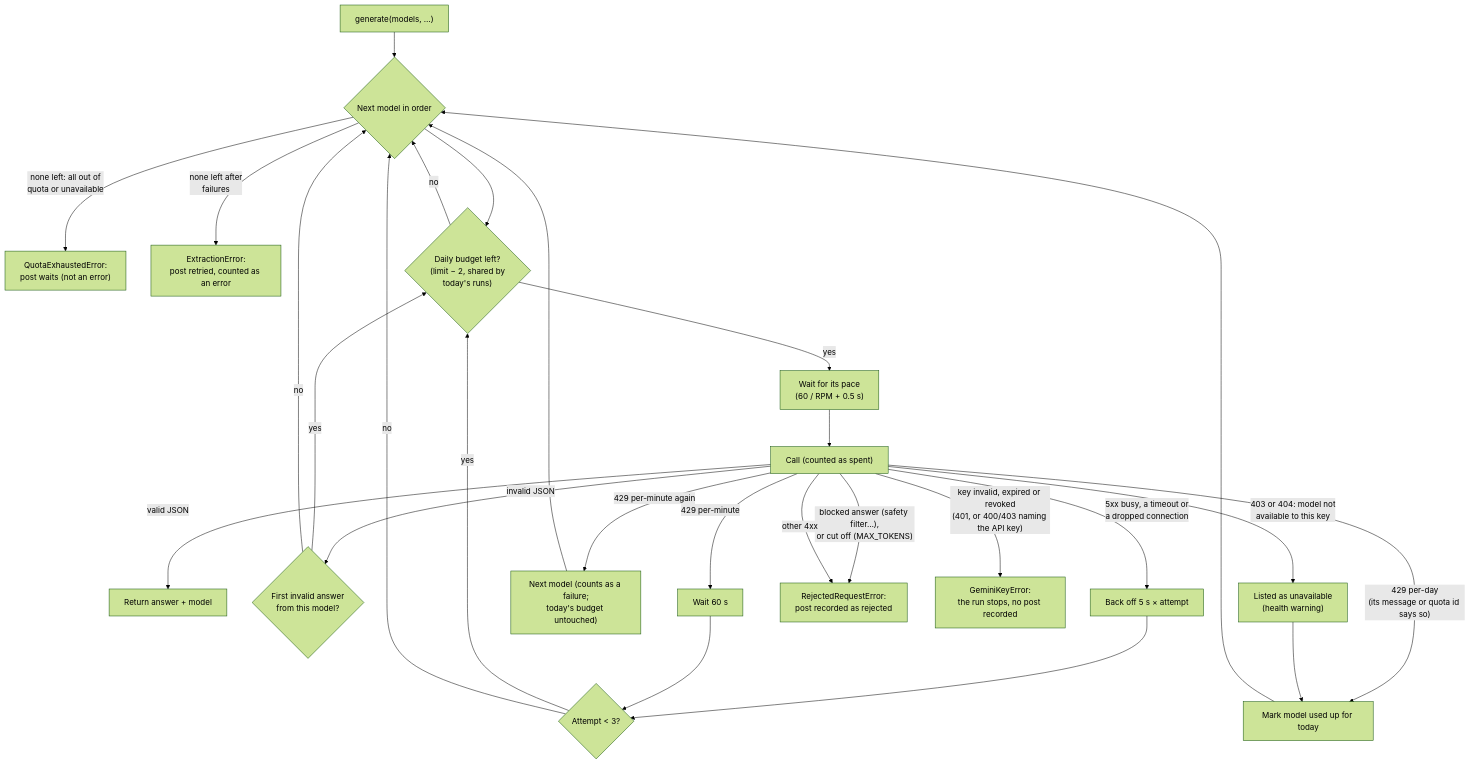
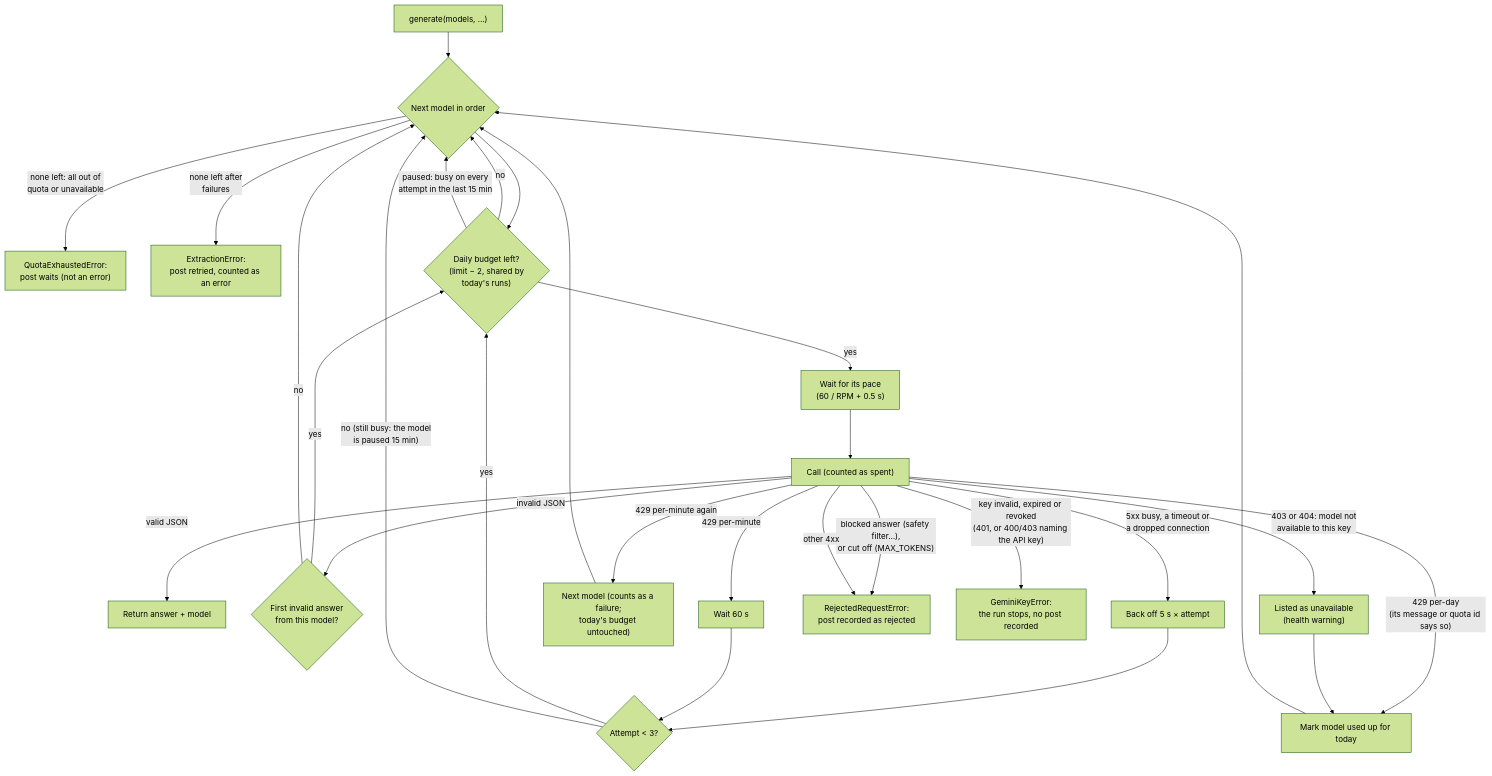
The fifth of 12 diagrams in docs/ARCHITECTURE.md (pa-bailar/backend), drawn with Mermaid (forest theme) before and after one commit. The commit also changed other lines of this file and 7 other files, not shown here.

First line of the commit message:
fix: pause a busy Gemini model instead of spending the day's Flash on retries

````diff
--- a/docs/ARCHITECTURE.md
+++ b/docs/ARCHITECTURE.md
@@ -661,23 +661,24 @@
 ```mermaid
 flowchart TD
     S["generate(models, …)"] --> M{"Next model in order"}
     M -->|"none left: all out of<br/>quota or unavailable"| Q["QuotaExhaustedError:<br/>post waits (not an error)"]
     M -->|"none left after<br/>failures"| E["ExtractionError:<br/>post retried, counted as an error"]
     M --> B{"Daily budget left?<br/>(limit − 2, shared by<br/>today's runs)"}
     B -->|no| M
+    B -->|"paused: busy on every<br/>attempt in the last 15 min"| M
     B -->|yes| PACE["Wait for its pace<br/>(60 / RPM + 0.5 s)"] --> CALL["Call (counted as spent)"]
     CALL -->|"valid JSON"| OK["Return answer + model"]
     CALL -->|"invalid JSON"| RETRY2{"First invalid answer<br/>from this model?"}
     RETRY2 -->|yes| B
     RETRY2 -->|no| M
     CALL -->|"5xx busy, a timeout or<br/>a dropped connection"| BACK["Back off 5 s × attempt"] --> RETRY{"Attempt < 3?"}
     CALL -->|"429 per-minute"| WAIT["Wait 60 s"] --> RETRY
     CALL -->|"429 per-minute again"| BUSY["Next model (counts as a failure;<br/>today's budget untouched)"] --> M
     CALL -->|"429 per-day<br/>(its message or quota id says so)"| EXH["Mark model used up for today"] --> M
     CALL -->|"403 or 404: model not<br/>available to this key"| UNAV["Listed as unavailable<br/>(health warning)"] --> EXH
     CALL -->|"blocked answer (safety filter…),<br/>or cut off (MAX_TOKENS)"| REJ["RejectedRequestError:<br/>post recorded as rejected"]
     CALL -->|"key invalid, expired or revoked<br/>(401, or 400/403 naming the API key)"| KEY["GeminiKeyError:<br/>the run stops, no post recorded"]
     CALL -->|"other 4xx"| REJ
     RETRY -->|yes| B
-    RETRY -->|no| M
+    RETRY -->|"no (still busy: the model<br/>is paused 15 min)"| M
 ```
````
